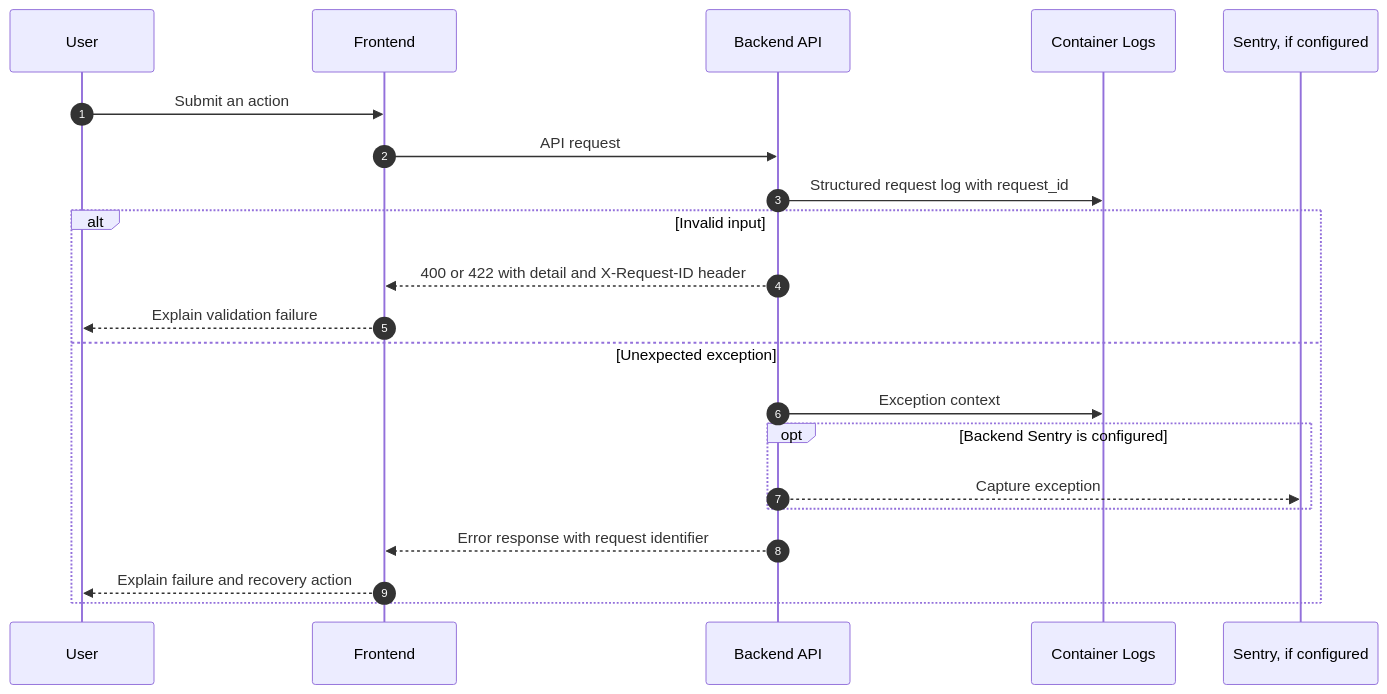
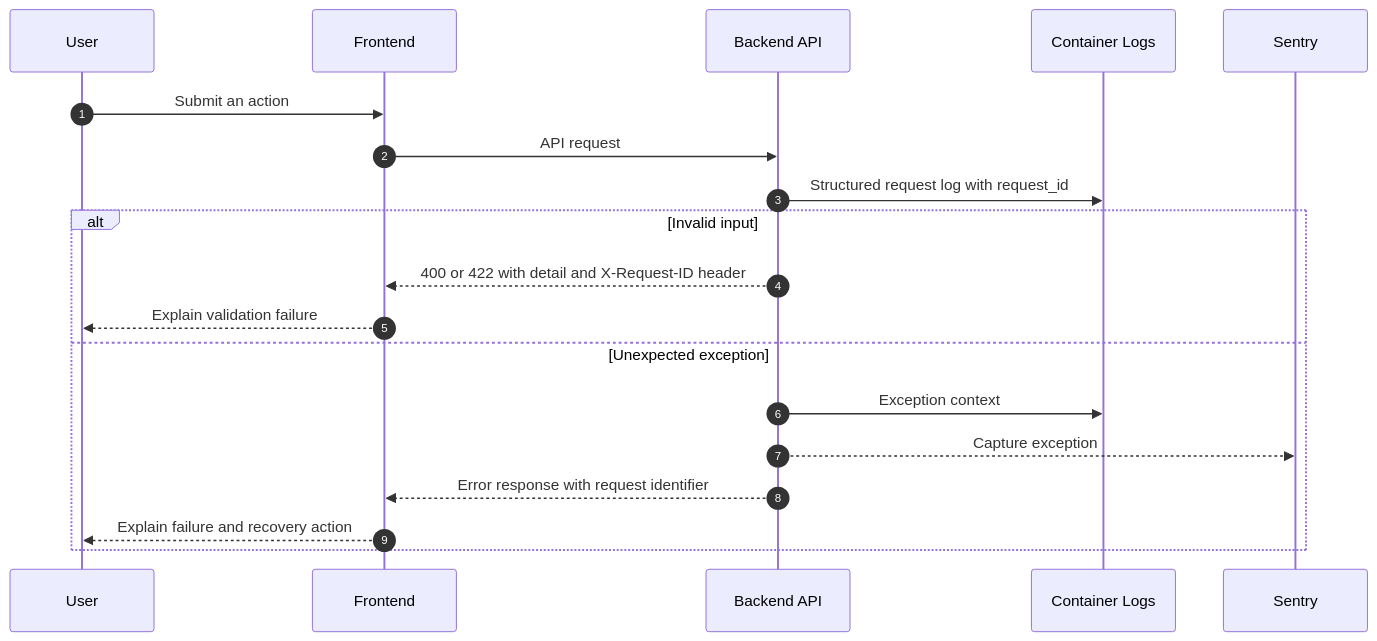
The fifth of 13 diagrams in docs/03-architecture/diagrams/sequence-diagrams.md (alonsovndev/open-projects-hub-docs), drawn with Mermaid before and after one commit. The commit also changed other lines of this file and 14 other files, not shown here.

````diff
--- a/docs/03-architecture/diagrams/sequence-diagrams.md
+++ b/docs/03-architecture/diagrams/sequence-diagrams.md
@@ -135,24 +135,22 @@
 ```mermaid
 sequenceDiagram
     autonumber
     participant User
     participant FE as Frontend
     participant BE as Backend API
     participant Logs as Container Logs
-    participant Sentry as Sentry, if configured
+    participant Sentry as Sentry
 
     User->>FE: Submit an action
     FE->>BE: API request
     BE->>Logs: Structured request log with request_id
     alt Invalid input
         BE-->>FE: 400 or 422 with detail and X-Request-ID header
         FE-->>User: Explain validation failure
     else Unexpected exception
         BE->>Logs: Exception context
-        opt Backend Sentry is configured
-            BE-->>Sentry: Capture exception
-        end
+        BE-->>Sentry: Capture exception
         BE-->>FE: Error response with request identifier
         FE-->>User: Explain failure and recovery action
     end
 ```
````
